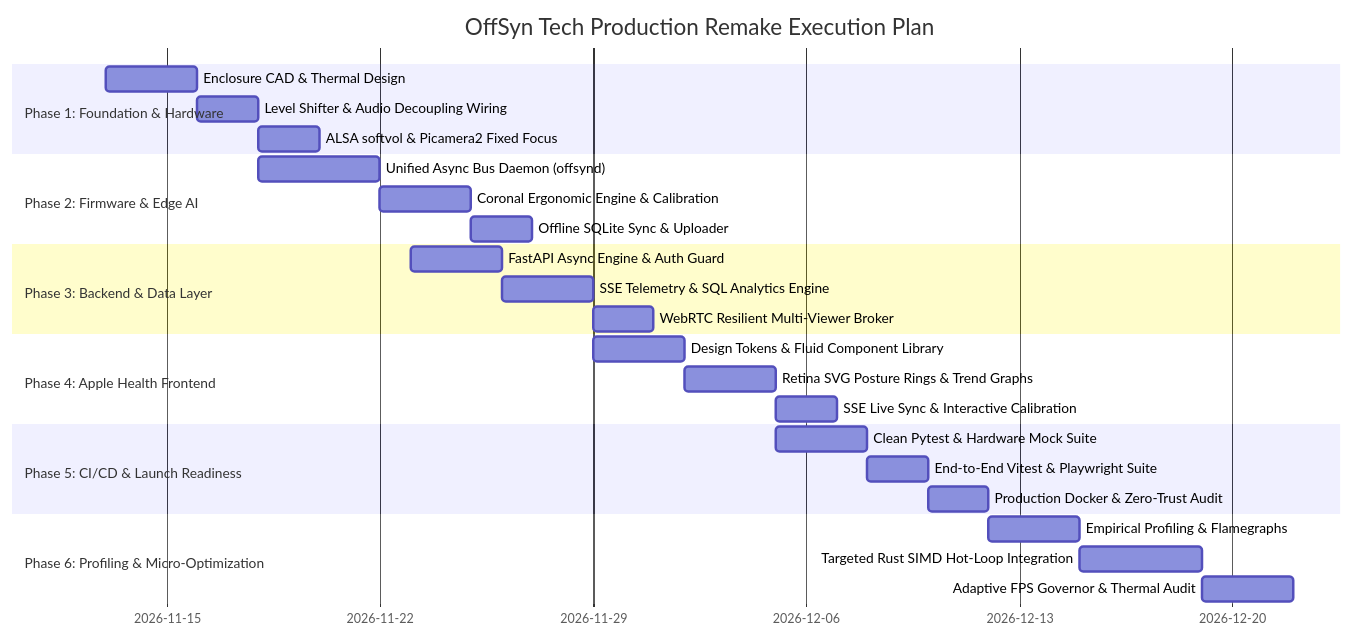
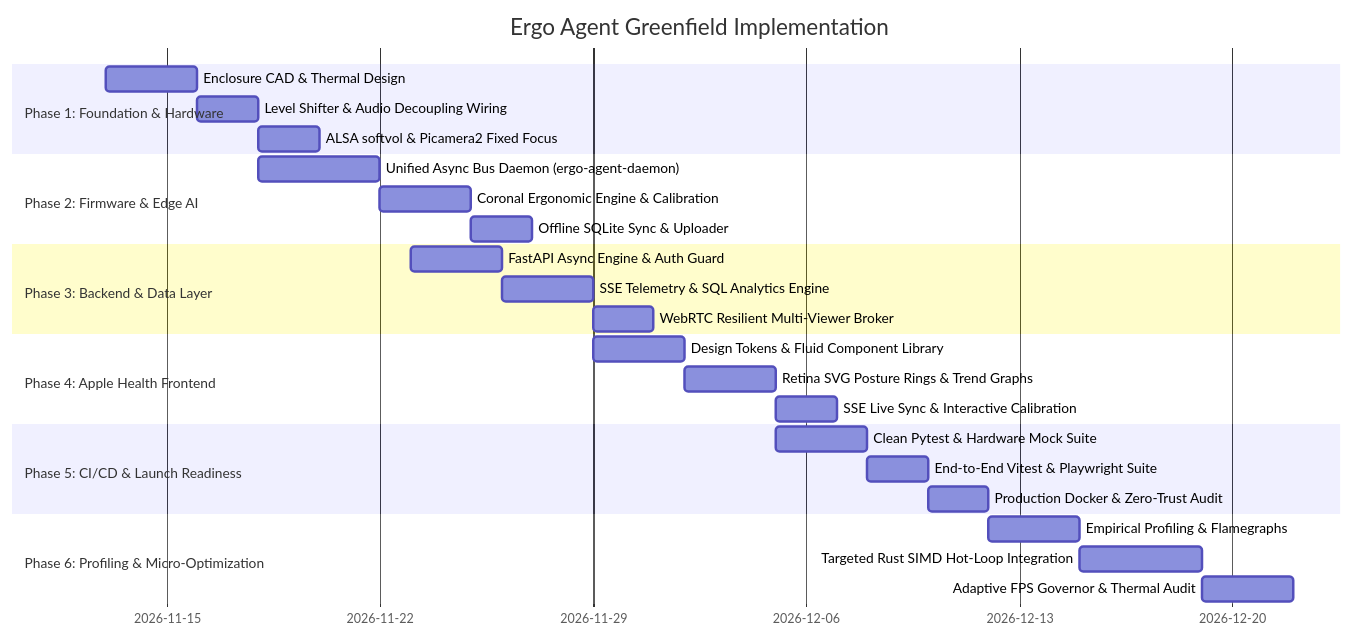
Before and after one commit to porchyy/off: the fourth of 4 diagrams in REDESIGN_MASTER_PLAN.md, drawn with Mermaid. The commit also changed other lines of this file, not shown here.

Commit message:
docs: establish Ergo Agent greenfield master plan

````diff
--- a/REDESIGN_MASTER_PLAN.md
+++ b/REDESIGN_MASTER_PLAN.md
@@ -507,29 +558,29 @@
 ```mermaid
 gantt
-    title OffSyn Tech Production Remake Execution Plan
+    title Ergo Agent Greenfield Implementation
     dateFormat  YYYY-MM-DD
     section Phase 1: Foundation & Hardware
     Enclosure CAD & Thermal Design           :p1_1, 2026-11-13, 3d
     Level Shifter & Audio Decoupling Wiring :p1_2, after p1_1, 2d
     ALSA softvol & Picamera2 Fixed Focus    :p1_3, after p1_2, 2d
     section Phase 2: Firmware & Edge AI
-    Unified Async Bus Daemon (offsynd)      :p2_1, 2026-11-18, 4d
+    Unified Async Bus Daemon (ergo-agent-daemon) :p2_1, 2026-11-18, 4d
     Coronal Ergonomic Engine & Calibration   :p2_2, after p2_1, 3d
     Offline SQLite Sync & Uploader          :p2_3, after p2_2, 2d
     section Phase 3: Backend & Data Layer
     FastAPI Async Engine & Auth Guard       :p3_1, 2026-11-23, 3d
     SSE Telemetry & SQL Analytics Engine    :p3_2, after p3_1, 3d
     WebRTC Resilient Multi-Viewer Broker    :p3_3, after p3_2, 2d
     section Phase 4: Apple Health Frontend
     Design Tokens & Fluid Component Library :p4_1, 2026-11-29, 3d
     Retina SVG Posture Rings & Trend Graphs :p4_2, after p4_1, 3d
     SSE Live Sync & Interactive Calibration :p4_3, after p4_2, 2d
     section Phase 5: CI/CD & Launch Readiness
     Clean Pytest & Hardware Mock Suite      :p5_1, 2026-12-05, 3d
     End-to-End Vitest & Playwright Suite    :p5_2, after p5_1, 2d
     Production Docker & Zero-Trust Audit    :p5_3, after p5_2, 2d
     section Phase 6: Profiling & Micro-Optimization
     Empirical Profiling & Flamegraphs       :p6_1, 2026-12-12, 3d
     Targeted Rust SIMD Hot-Loop Integration :p6_2, after p6_1, 4d
     Adaptive FPS Governor & Thermal Audit   :p6_3, after p6_2, 3d
 ```
````
